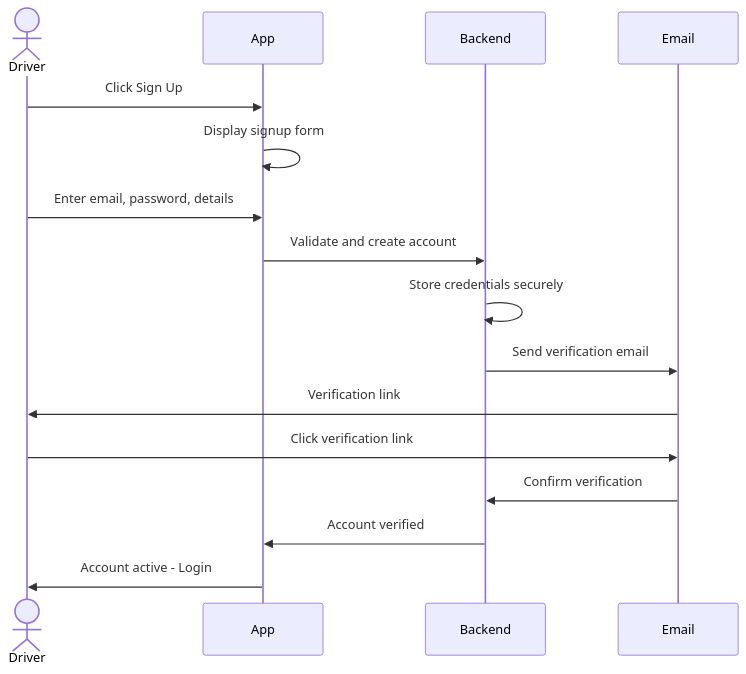
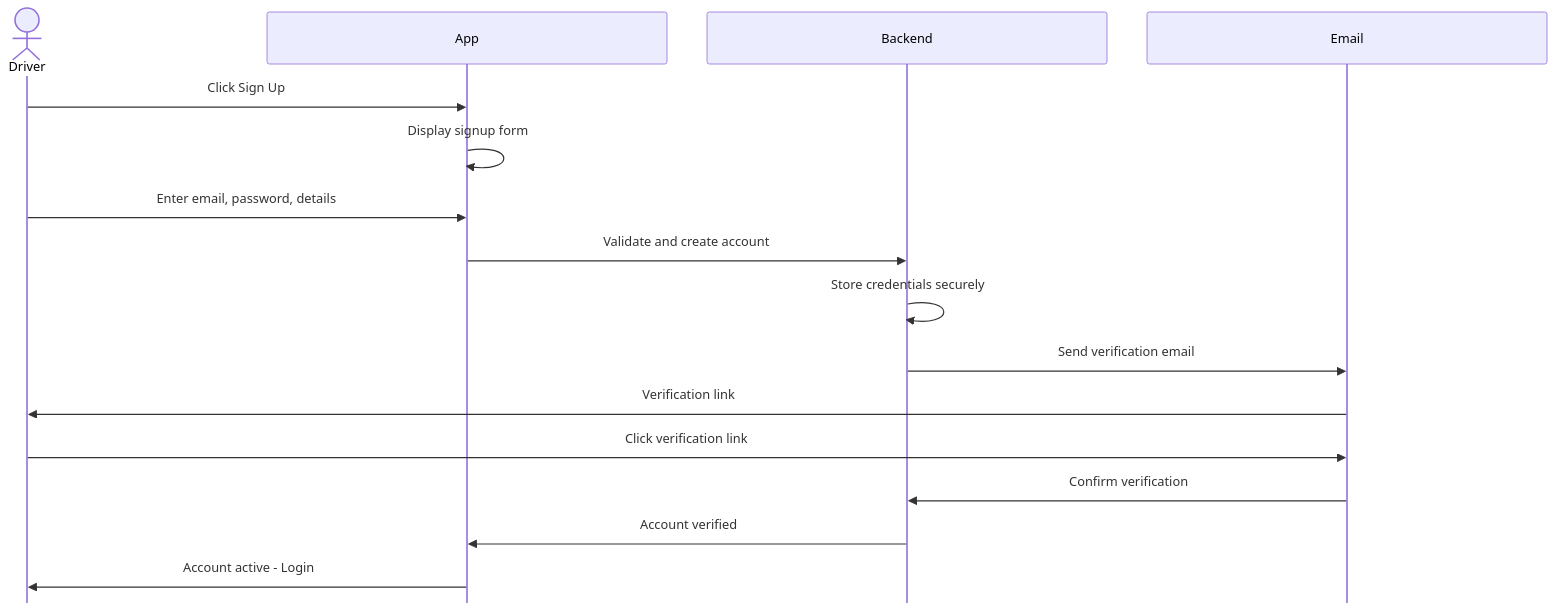
Before and after one commit to jo-kem/SIT725_s225656649: the first of 2 diagrams in 3.1P/locate-a-socket-design.md, drawn with Mermaid. The commit also changed other lines of this file and 1 other file, not shown here.

````diff
--- a/3.1P/locate-a-socket-design.md
+++ b/3.1P/locate-a-socket-design.md
@@ -124,19 +117,21 @@
 ```mermaid
+%%{init: {'flowchart': {'htmlLabels': true}, 'theme': 'default', 'securityLevel': 'loose', 'sequence': {'mirrorActors': false, 'width': 500}}}%%
 sequenceDiagram
     actor Driver
     participant App
     participant Backend
     participant Email
 
     Driver->>App: Click Sign Up
     App->>App: Display signup form
     Driver->>App: Enter email, password, details
     App->>Backend: Validate and create account
     Backend->>Backend: Store credentials securely
     Backend->>Email: Send verification email
     Email->>Driver: Verification link
     Driver->>Email: Click verification link
     Email->>Backend: Confirm verification
     Backend->>App: Account verified
     App->>Driver: Account active - Login
+
 ```
````
